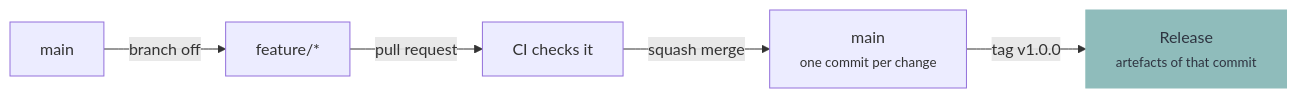
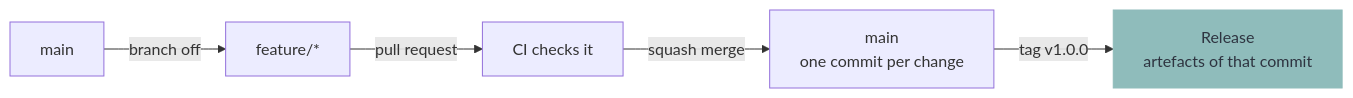
The first of 2 diagrams in docs/CONTRIBUTING.md (murkl/oak), drawn with Mermaid before and after one commit. The commit also changed other lines of this file and 33 other files, not shown here.

````diff
--- a/docs/CONTRIBUTING.md
+++ b/docs/CONTRIBUTING.md
@@ -9,9 +9,9 @@
 ```mermaid
 flowchart LR
     M["main"] -->|branch off| F["feature/*"]
     F -->|pull request| C["CI checks it"]
-    C -->|squash merge| M2["main<br/><small>one commit per change</small>"]
-    M2 -->|tag v1.0.0| R["Release<br/><small>artefacts of that commit</small>"]
+    C -->|squash merge| M2["main<br/>one commit per change"]
+    M2 -->|tag v1.0.0| R["Release<br/>artefacts of that commit"]
 
     style R fill:#8fbcbb,stroke:#8fbcbb,color:#2e3440
 ```
````
